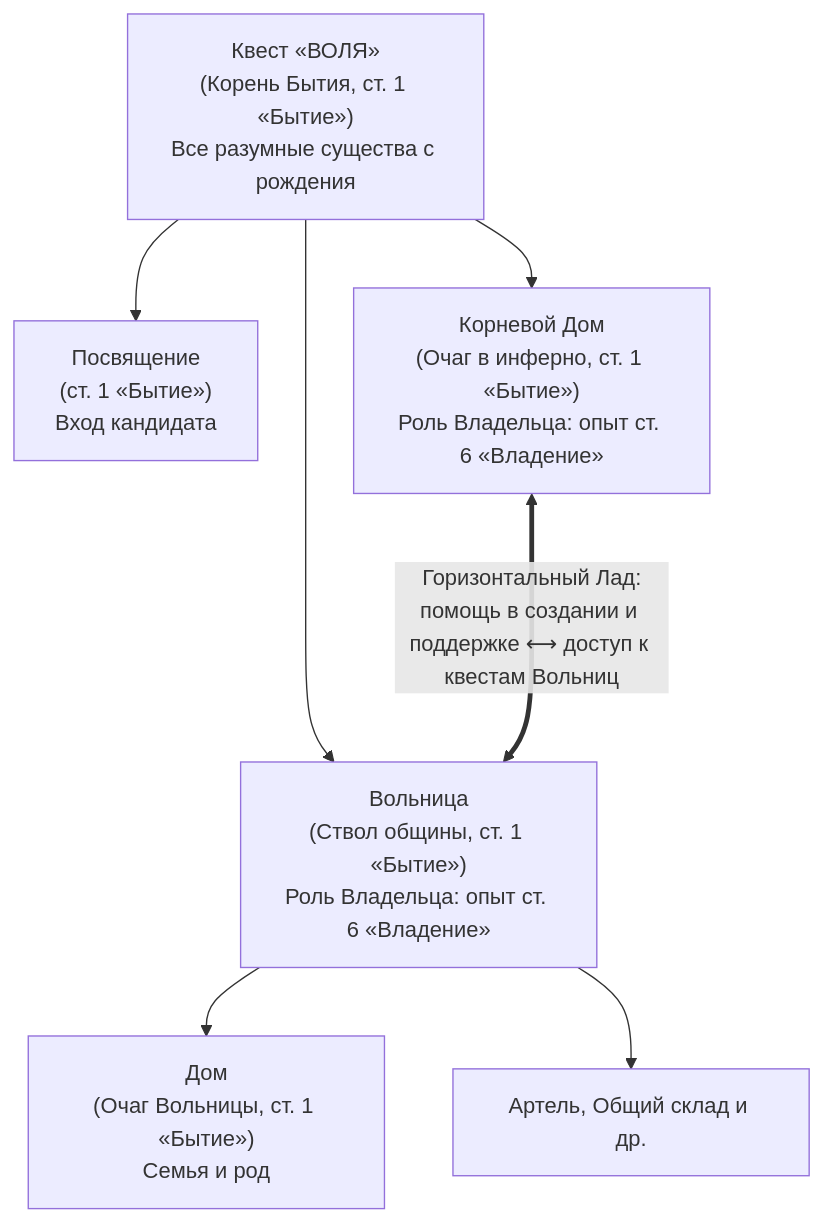
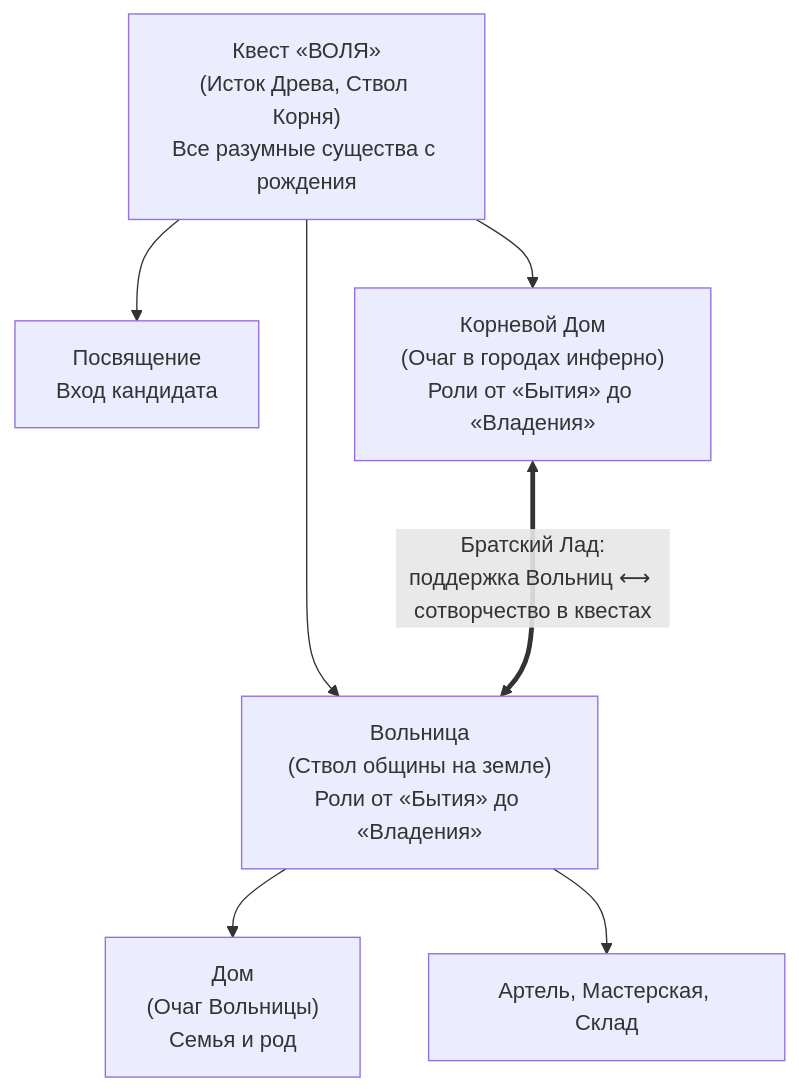
Before and after one commit to sigom-unicorn/Volya: the fourth of 4 diagrams in Манифест Воли.md, drawn with Mermaid. The commit also changed other lines of this file and 9 other files, not shown here.

````diff
--- a/Манифест Воли.md
+++ b/Манифест Воли.md
@@ -194,13 +206,13 @@
 ```mermaid
 flowchart TD
-    V["Квест «ВОЛЯ»<br/>(Корень Бытия, ст. 1 «Бытие»)<br/>Все разумные существа с рождения"]
+    V["Квест «ВОЛЯ»<br/>(Исток Древа, Ствол Корня)<br/>Все разумные существа с рождения"]
     
-    V --> P["Посвящение<br/>(ст. 1 «Бытие»)<br/>Вход кандидата"]
-    V --> VOL["Вольница<br/>(Ствол общины, ст. 1 «Бытие»)<br/>Роль Владельца: опыт ст. 6 «Владение»"]
-    V --> KD["Корневой Дом<br/>(Очаг в инферно, ст. 1 «Бытие»)<br/>Роль Владельца: опыт ст. 6 «Владение»"]
+    V --> P["Посвящение<br/>Вход кандидата"]
+    V --> VOL["Вольница<br/>(Ствол общины на земле)<br/>Роли от «Бытия» до «Владения»"]
+    V --> KD["Корневой Дом<br/>(Очаг в городах инферно)<br/>Роли от «Бытия» до «Владения»"]
     
-    VOL --> D["Дом<br/>(Очаг Вольницы, ст. 1 «Бытие»)<br/>Семья и род"]
-    VOL --> AR["Артель, Общий склад и др."]
+    VOL --> D["Дом<br/>(Очаг Вольницы)<br/>Семья и род"]
+    VOL --> AR["Артель, Мастерская, Склад"]
     
-    KD <===>|"Горизонтальный Лад:<br/>помощь в создании и поддержке ⟷ доступ к квестам Вольниц"| VOL
+    KD <===>|"Братский Лад:<br/>поддержка Вольниц ⟷ сотворчество в квестах"| VOL
 ```
````
